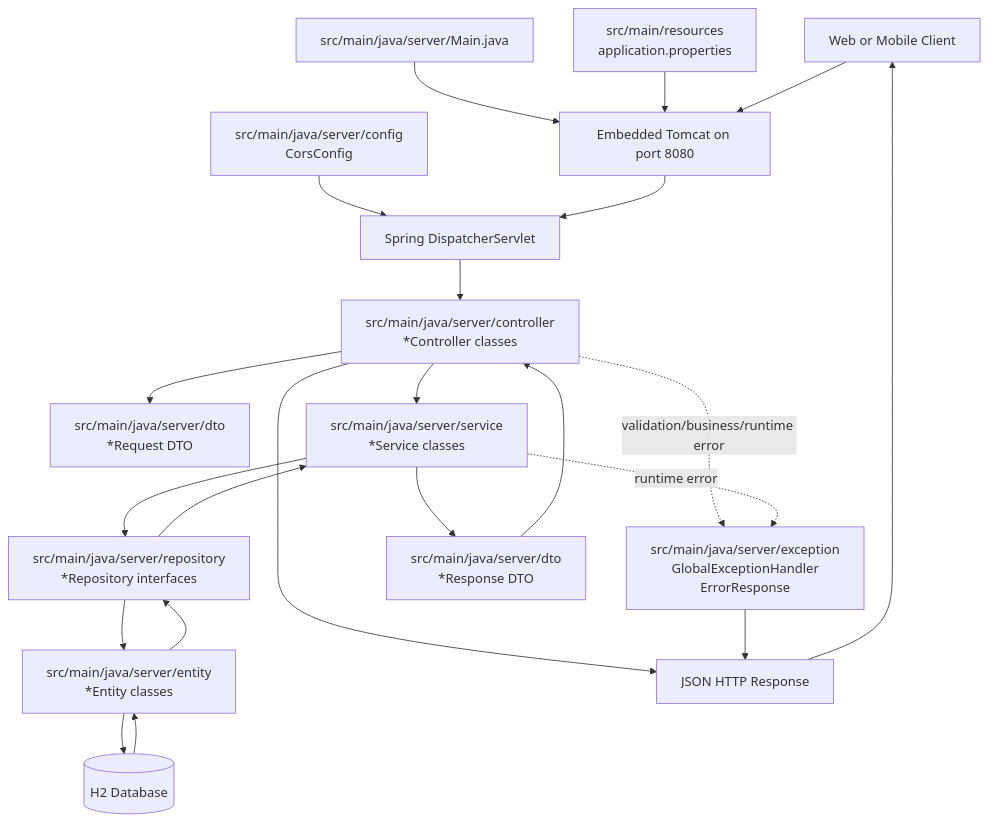
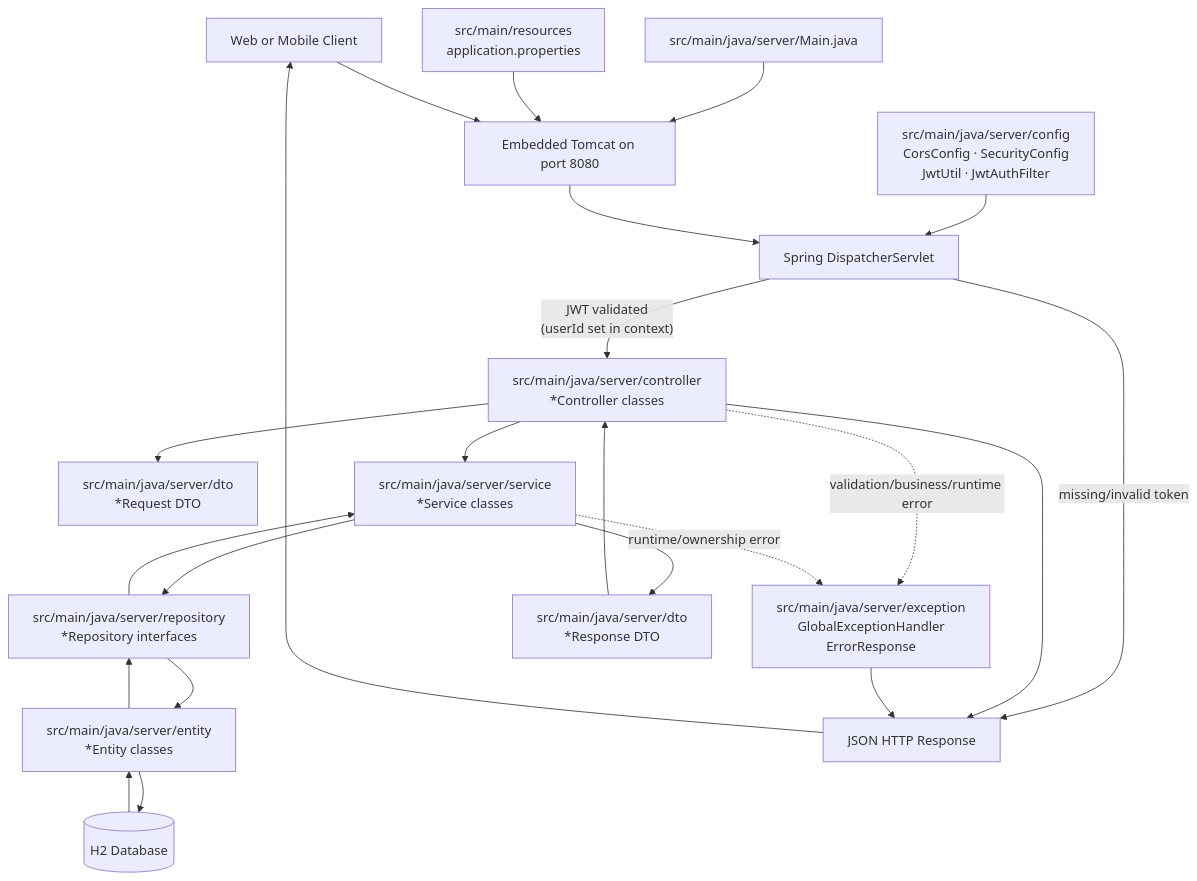
The diagram in FLOW_SCHEMA.md (AbdelAziz-Mseddi/Tutoring_Manager-Server), drawn with Mermaid before and after one commit. The commit also changed other lines of this file and 39 other files, not shown here.

Commit message:
added user auth endpoints and updated docs

````diff
--- a/FLOW_SCHEMA.md
+++ b/FLOW_SCHEMA.md
@@ -5,36 +5,38 @@
 ```mermaid
 flowchart TD
     Client[Web or Mobile Client]
     Port[Embedded Tomcat on port 8080]
     Dispatcher[Spring DispatcherServlet]
 
     Main[src/main/java/server/Main.java]
-    Config[src/main/java/server/config\nCorsConfig]
+    Config[src/main/java/server/config\nCorsConfig · SecurityConfig\nJwtUtil · JwtAuthFilter]
     Controller[src/main/java/server/controller\n*Controller classes]
     DtoIn[src/main/java/server/dto\n*Request DTO]
     Service[src/main/java/server/service\n*Service classes]
     Repository[src/main/java/server/repository\n*Repository interfaces]
     Entity[src/main/java/server/entity\n*Entity classes]
     DB[(H2 Database)]
 
     Exception[src/main/java/server/exception\nGlobalExceptionHandler\nErrorResponse]
     DtoOut[src/main/java/server/dto\n*Response DTO]
     Json[JSON HTTP Response]
 
     Props[src/main/resources\napplication.properties]
 
     Main --> Port
     Props --> Port
     Config --> Dispatcher
 
-    Client --> Port --> Dispatcher --> Controller
+    Client --> Port --> Dispatcher
+    Dispatcher -- "JWT validated\n(userId set in context)" --> Controller
+    Dispatcher -- "missing/invalid token" --> Json
     Controller --> DtoIn
     Controller --> Service
     Service --> Repository --> Entity --> DB
     DB --> Entity --> Repository --> Service
     Service --> DtoOut --> Controller --> Json --> Client
 
     Controller -. validation/business/runtime error .-> Exception
-    Service -. runtime error .-> Exception
+    Service -. runtime/ownership error .-> Exception
     Exception --> Json
 ```
````
